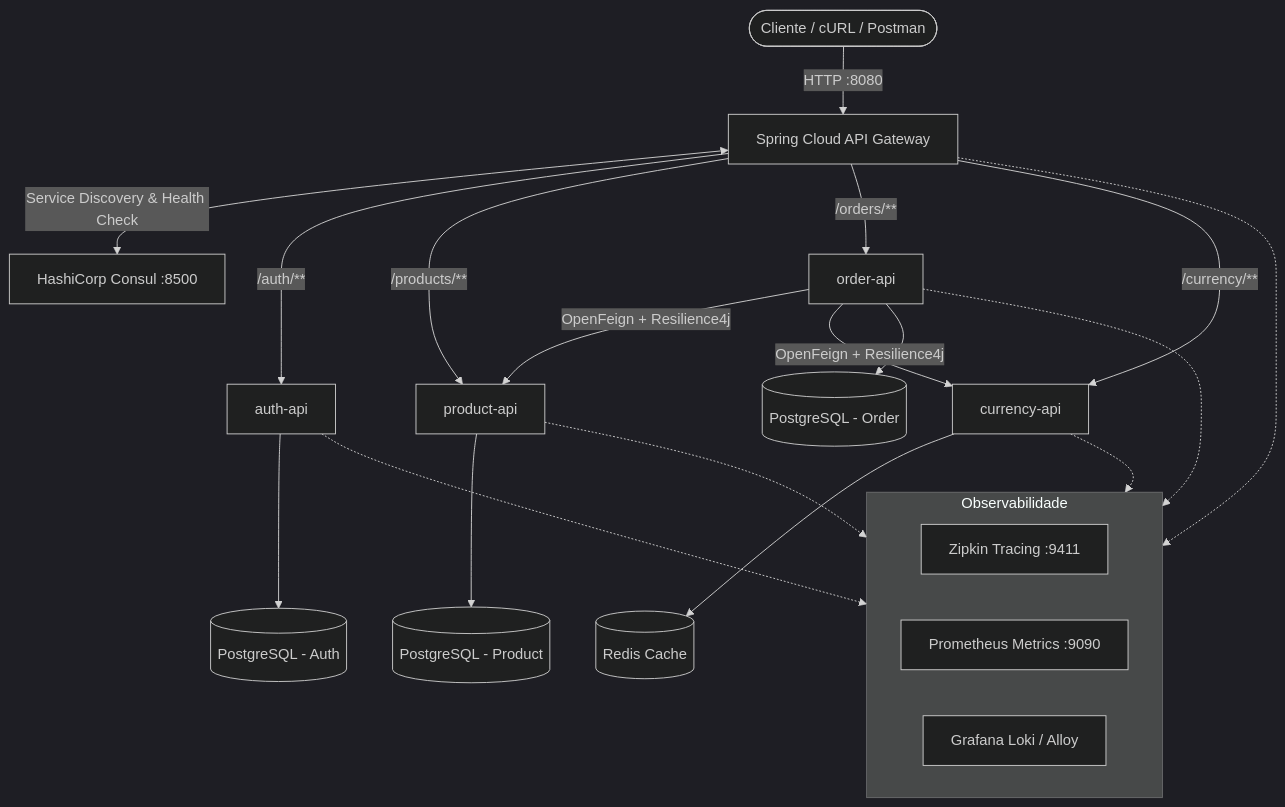
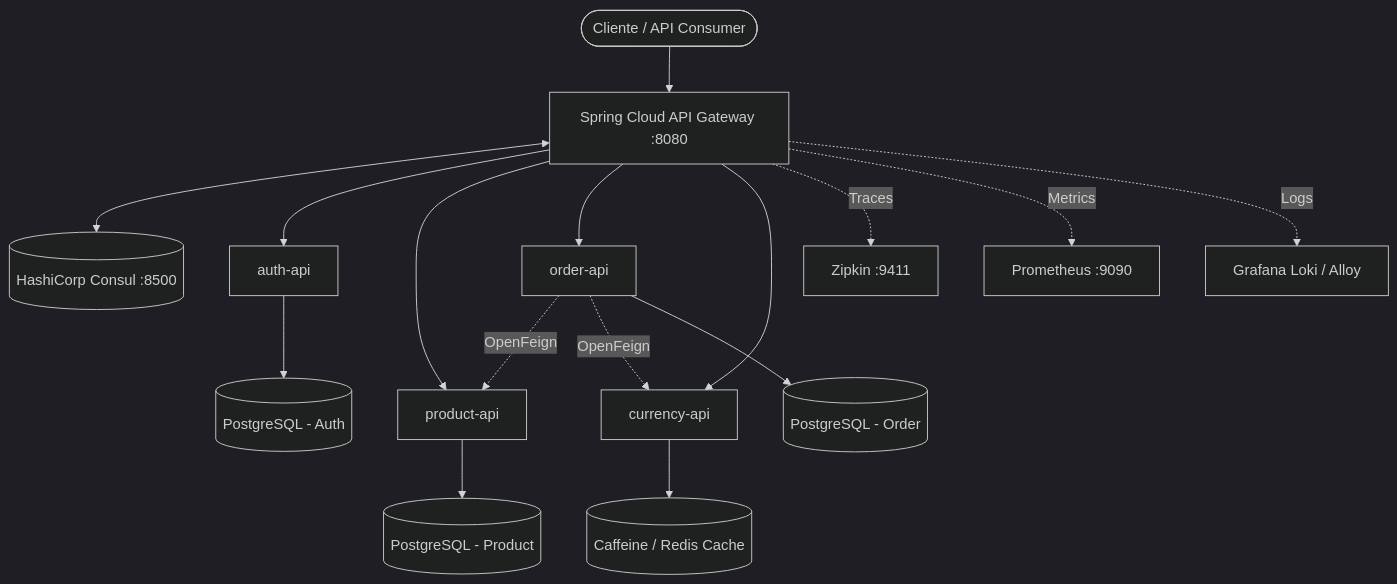
One commit to jubraccini/microservices-java changed the diagram in README.md. Above: the diagram before and after it, drawn with Mermaid (dark theme). The commit also changed other lines of this file, not shown here.

Commit message:
docs: refine README with clean API endpoints table

````diff
--- a/README.md
+++ b/README.md
@@ -39,31 +16,22 @@
 ```mermaid
 flowchart TD
-    Client([Cliente / cURL / Postman]) -->|HTTP :8080| Gateway[Spring Cloud API Gateway]
+    Client([Cliente / API Consumer]) --> Gateway[Spring Cloud API Gateway :8080]
+    Gateway <--> Consul[(HashiCorp Consul :8500)]
 
-    Gateway <-->|Service Discovery & Health Check| Consul[HashiCorp Consul :8500]
+    Gateway --> Auth[auth-api]
+    Gateway --> Product[product-api]
+    Gateway --> Order[order-api]
+    Gateway --> Currency[currency-api]
 
-    Gateway -->|/auth/**| Auth[auth-api]
-    Gateway -->|/products/**| Product[product-api]
-    Gateway -->|/orders/**| Order[order-api]
-    Gateway -->|/currency/**| Currency[currency-api]
+    Order -. OpenFeign .-> Product
+    Order -. OpenFeign .-> Currency
 
-    Order -->|OpenFeign + Resilience4j| Product
-    Order -->|OpenFeign + Resilience4j| Currency
+    Auth --> DBAuth[(PostgreSQL - Auth)]
+    Product --> DBProd[(PostgreSQL - Product)]
+    Order --> DBOrder[(PostgreSQL - Order)]
+    Currency --> Cache[(Caffeine / Redis Cache)]
 
-    Auth --> DB_Auth[(PostgreSQL - Auth)]
-    Product --> DB_Prod[(PostgreSQL - Product)]
-    Order --> DB_Order[(PostgreSQL - Order)]
-    Currency --> Redis[(Redis Cache)]
-
-    subgraph Observabilidade
-        Zipkin[Zipkin Tracing :9411]
-        Prometheus[Prometheus Metrics :9090]
-        Loki[Grafana Loki / Alloy]
-    end
-
-    Gateway -.-> Observabilidade
-    Auth -.-> Observabilidade
-    Product -.-> Observabilidade
-    Order -.-> Observabilidade
-    Currency -.-> Observabilidade
+    Gateway -. Traces .-> Zipkin[Zipkin :9411]
+    Gateway -. Metrics .-> Prometheus[Prometheus :9090]
+    Gateway -. Logs .-> Loki[Grafana Loki / Alloy]
 ```
````
